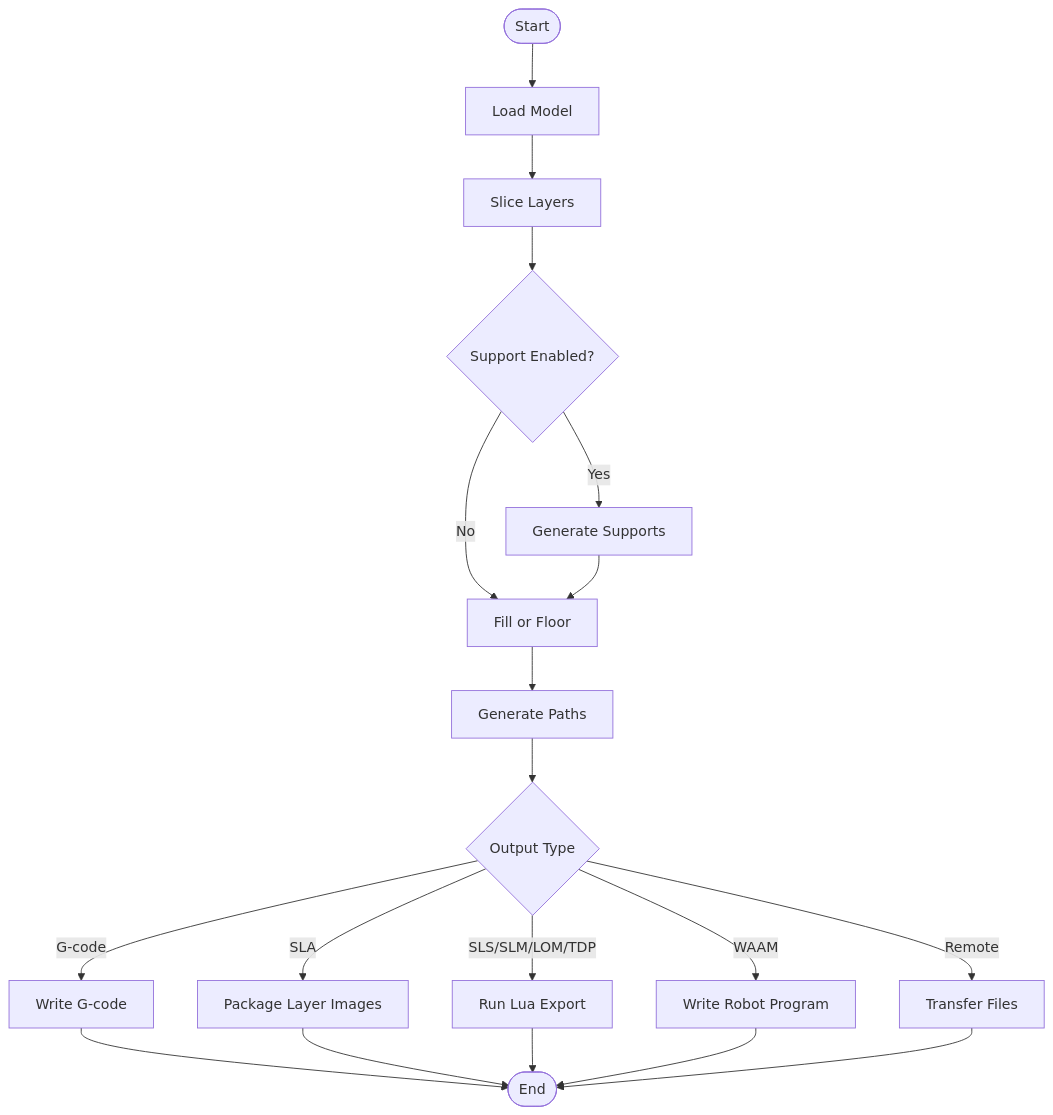
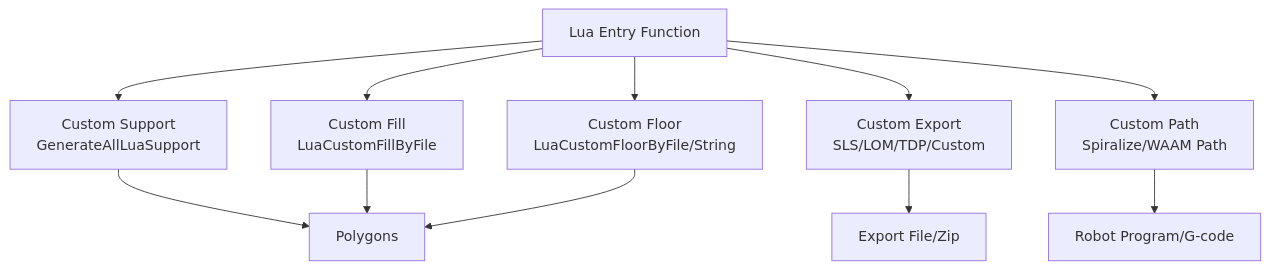
Before and after one commit to hsmbanlance/HsBaSlicer: the tenth of 13 diagrams in .qoder/repowiki/en/content/Architecture Overview.md, drawn with Mermaid. The commit also changed other lines of this file and 1095 other files, not shown here.

````diff
--- a/.qoder/repowiki/en/content/Architecture Overview.md
+++ b/.qoder/repowiki/en/content/Architecture Overview.md
@@ -228,21 +542,13 @@
 ```mermaid
 flowchart TD
-Start(["Start"]) --> Load["Load Model"]
-Load --> Slice["Slice Layers"]
-Slice --> Support{"Support Enabled?"}
-Support --> |Yes| GenerateSupport["Generate Supports"]
-Support --> |No| FillOrFloor["Fill or Floor"]
-GenerateSupport --> FillOrFloor
-FillOrFloor --> Path["Generate Paths"]
-Path --> OutputStage{"Output Type"}
-OutputStage --> |G-code| SaveGCode["Write G-code"]
-OutputStage --> |SLA| PackageZip["Package Layer Images"]
-OutputStage --> |SLS/SLM/LOM/TDP| LuaExport["Run Lua Export"]
-OutputStage --> |WAAM| RobotProgram["Write Robot Program"]
-OutputStage --> |Remote| Transfer["Transfer Files"]
-SaveGCode --> End(["End"])
-PackageZip --> End
-LuaExport --> End
-RobotProgram --> End
-Transfer --> End
+Entry["Lua Entry Function"] --> Support["Custom Support<br/>GenerateAllLuaSupport"]
+Entry --> Fill["Custom Fill<br/>LuaCustomFillByFile"]
+Entry --> Floor["Custom Floor<br/>LuaCustomFloorByFile/String"]
+Entry --> Export["Custom Export<br/>SLS/LOM/TDP/Custom"]
+Entry --> Path["Custom Path<br/>Spiralize/WAAM Path"]
+Support --> Result["Polygons"]
+Fill --> Result
+Floor --> Result
+Export --> File["Export File/Zip"]
+Path --> Robot["Robot Program/G-code"]
 ```
````
